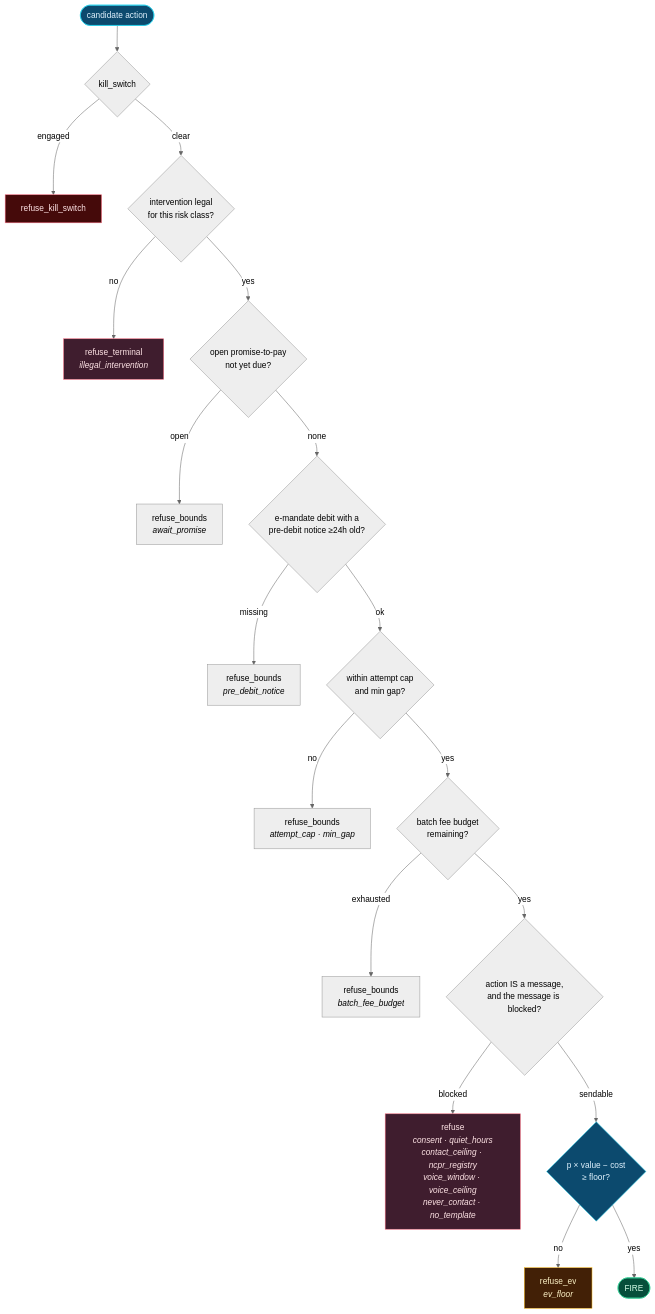
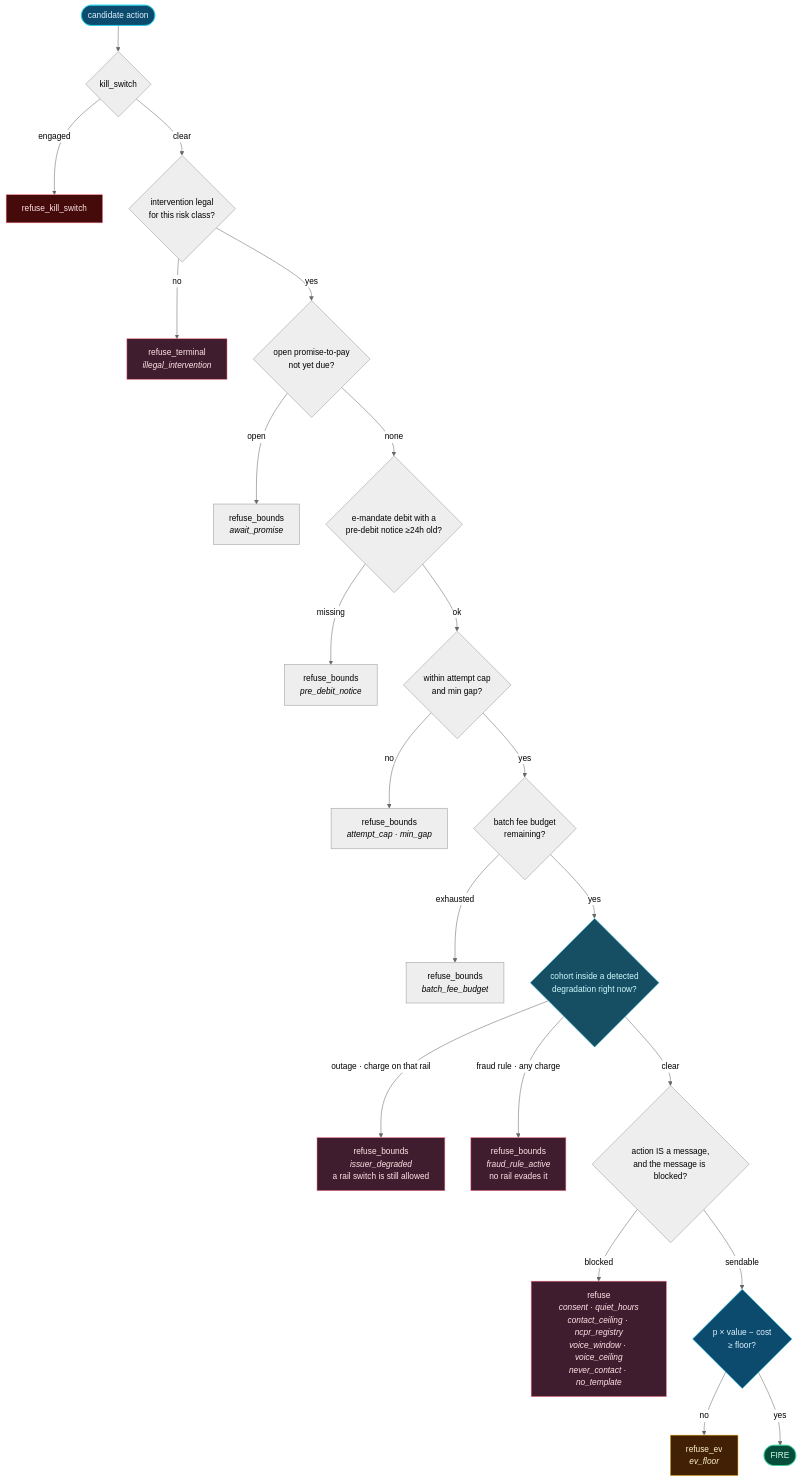
Before and after one commit to Ankit27-09/Wapsi: the fifth of 15 diagrams in ARCHITECTURE.md, drawn with Mermaid (neutral theme). The commit also changed other lines of this file and 12 other files, not shown here.

````diff
--- a/ARCHITECTURE.md
+++ b/ARCHITECTURE.md
@@ -284,35 +285,42 @@
 ```mermaid
 flowchart TD
     START(["candidate action"]) --> KS{kill_switch}
     KS -->|engaged| R1["refuse_kill_switch"]
     KS -->|clear| LEGAL{"intervention legal<br/>for this risk class?"}
 
     LEGAL -->|no| R2["refuse_terminal<br/><i>illegal_intervention</i>"]
     LEGAL -->|yes| PROM{"open promise-to-pay<br/>not yet due?"}
 
     PROM -->|open| R3["refuse_bounds<br/><i>await_promise</i>"]
     PROM -->|none| NOTICE{"e-mandate debit with a<br/>pre-debit notice ≥24h old?"}
 
     NOTICE -->|missing| R4["refuse_bounds<br/><i>pre_debit_notice</i>"]
     NOTICE -->|ok| CAP{"within attempt cap<br/>and min gap?"}
 
     CAP -->|no| R5["refuse_bounds<br/><i>attempt_cap · min_gap</i>"]
     CAP -->|yes| FEE{"batch fee budget<br/>remaining?"}
 
     FEE -->|exhausted| R6["refuse_bounds<br/><i>batch_fee_budget</i>"]
-    FEE -->|yes| MSG{"action IS a message,<br/>and the message is blocked?"}
+    FEE -->|yes| COHORT{"cohort inside a detected<br/>degradation right now?"}
+
+    COHORT -->|"outage · charge on that rail"| R9["refuse_bounds<br/><i>issuer_degraded</i><br/>a rail switch is still allowed"]
+    COHORT -->|"fraud rule · any charge"| R10["refuse_bounds<br/><i>fraud_rule_active</i><br/>no rail evades it"]
+    COHORT -->|clear| MSG{"action IS a message,<br/>and the message is blocked?"}
 
     MSG -->|blocked| R7["refuse<br/><i>consent · quiet_hours<br/>contact_ceiling · ncpr_registry<br/>voice_window · voice_ceiling<br/>never_contact · no_template</i>"]
     MSG -->|sendable| EV{"p × value − cost<br/>≥ floor?"}
 
     EV -->|no| R8["refuse_ev<br/><i>ev_floor</i>"]
     EV -->|yes| FIRE(["FIRE"])
 
     style START fill:#0c4a6e,stroke:#22d3ee,color:#e0f2fe
     style FIRE fill:#064e3b,stroke:#34d399,color:#d1fae5
     style R1 fill:#450a0a,stroke:#fb7185,color:#ffe4e6
     style R2 fill:#3f1d2e,stroke:#fb7185,color:#ffe4e6
     style R7 fill:#3f1d2e,stroke:#fb7185,color:#ffe4e6
     style R8 fill:#422006,stroke:#fbbf24,color:#fef3c7
+    style R9 fill:#3f1d2e,stroke:#fb7185,color:#ffe4e6
+    style R10 fill:#3f1d2e,stroke:#fb7185,color:#ffe4e6
+    style COHORT fill:#164e63,stroke:#67e8f9,color:#cffafe
     style EV fill:#0c4a6e,stroke:#22d3ee,color:#e0f2fe
 ```
````
